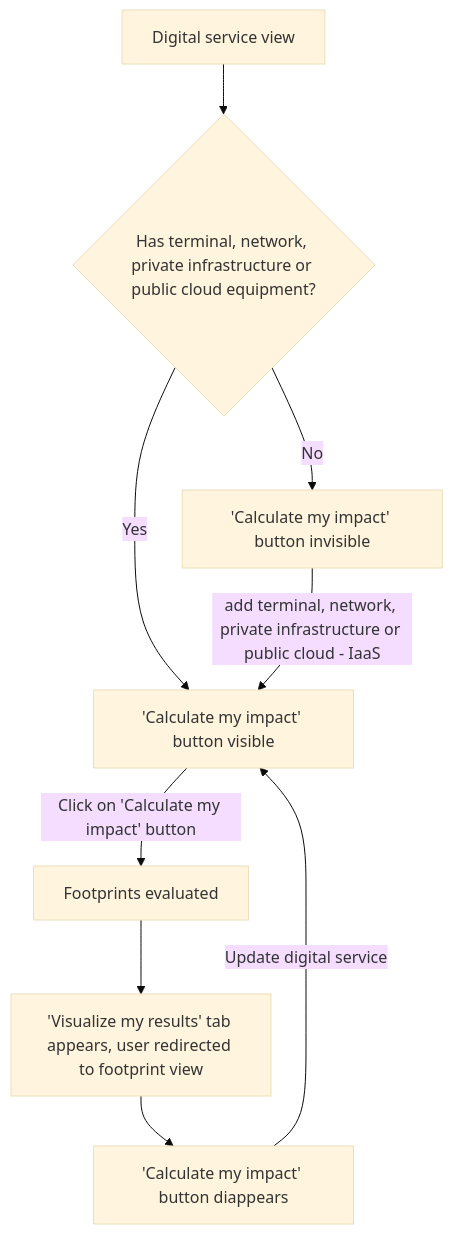
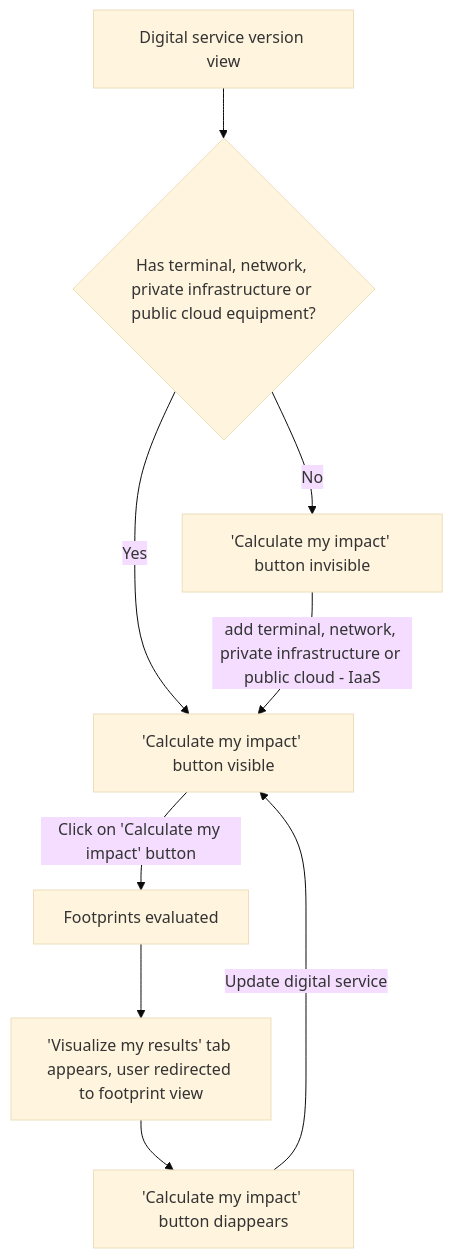
One commit to teamg4it/g4it changed the first of 3 diagrams in services/documentation/content/2-functional-documentation/use_cases/uc_digital_services/uc4_launch_estimation.md. Above: the diagram before and after it, drawn with Mermaid (base theme). The commit also changed other lines of this file and 34 other files, not shown here.

```diff
--- a/services/documentation/content/2-functional-documentation/use_cases/uc_digital_services/uc4_launch_estimation.md
+++ b/services/documentation/content/2-functional-documentation/use_cases/uc_digital_services/uc4_launch_estimation.md
@@ -25,8 +25,8 @@
 {{< mermaid align="center">}}
 graph TD;
 
-Step1[Digital service view]--> Decision1{Has terminal, network, private infrastructure or public cloud equipment?}
+Step1[Digital service version view]--> Decision1{Has terminal, network, private infrastructure or public cloud equipment?}
 Decision1 -->|Yes|Step2['Calculate my impact' button visible]
 Decision1 -->|No|Step3['Calculate my impact' button invisible] --> |add terminal, network, private infrastructure or public cloud - IaaS|Step2-->|Click on 'Calculate my impact' button|Step4[Footprints evaluated]-->Step5['Visualize my results' tab appears, user redirected to footprint view] -->Step6['Calculate my impact' button diappears]-->|Update digital service|Step2
 
 {{< /mermaid >}}
```
